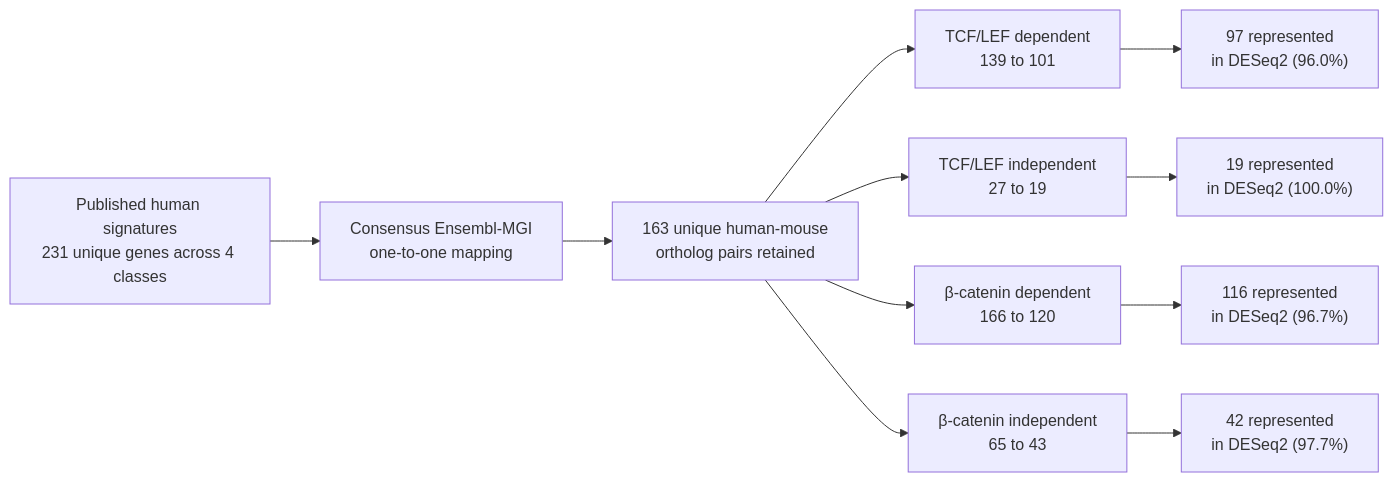
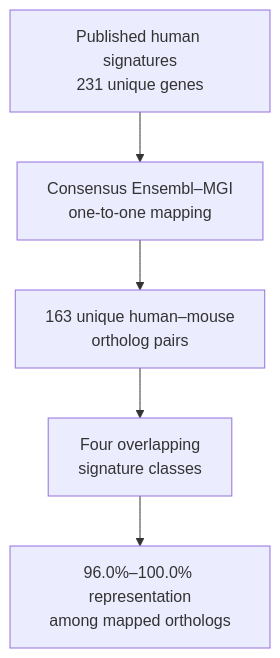
Before and after one commit to mtariqi/wnt-beta-catenin-rnaseq-analysis: the first of 2 diagrams in README.md, drawn with Mermaid. The commit also changed other lines of this file, not shown here.

````diff
--- a/README.md
+++ b/README.md
@@ -101,13 +136,7 @@
 ```mermaid
-flowchart LR
-    A["Published human signatures\n231 unique genes across 4 classes"] --> B["Consensus Ensembl-MGI\none-to-one mapping"]
-    B --> C["163 unique human-mouse\northolog pairs retained"]
-    C --> D1["TCF/LEF dependent\n139 to 101"]
-    C --> D2["TCF/LEF independent\n27 to 19"]
-    C --> D3["β-catenin dependent\n166 to 120"]
-    C --> D4["β-catenin independent\n65 to 43"]
-    D1 --> E1["97 represented\nin DESeq2 (96.0%)"]
-    D2 --> E2["19 represented\nin DESeq2 (100.0%)"]
-    D3 --> E3["116 represented\nin DESeq2 (96.7%)"]
-    D4 --> E4["42 represented\nin DESeq2 (97.7%)"]
+flowchart TD
+    A["Published human signatures<br/>231 unique genes"] --> B["Consensus Ensembl–MGI<br/>one-to-one mapping"]
+    B --> C["163 unique human–mouse<br/>ortholog pairs"]
+    C --> D["Four overlapping<br/>signature classes"]
+    D --> E["96.0%–100.0% representation<br/>among mapped orthologs"]
 ```
````
